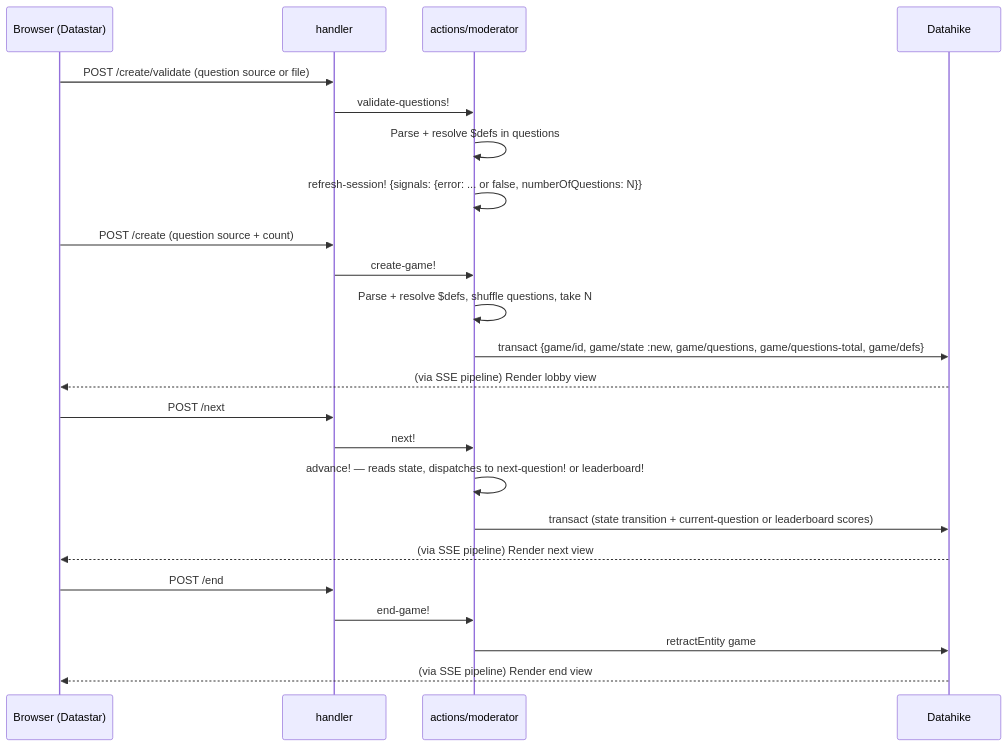
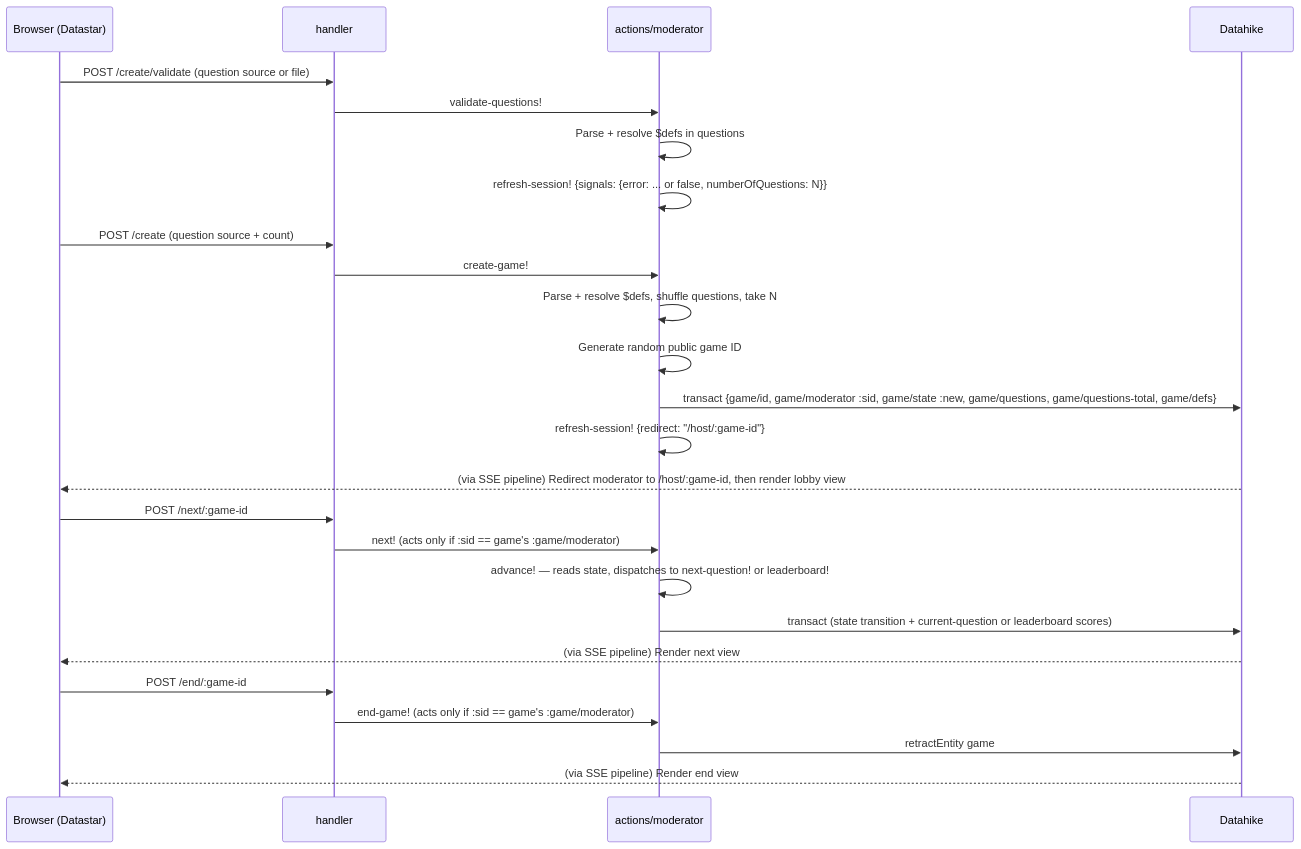
Before and after one commit to jindrichmynarz/localquiz: the fifth of 8 diagrams in data_flow.md, drawn with Mermaid. The commit also changed other lines of this file, not shown here.

Commit message:
Update data flow to reflect the divorce of game ID and moderator ID

````diff
--- a/data_flow.md
+++ b/data_flow.md
@@ -148,29 +148,31 @@
 ```mermaid
 sequenceDiagram
     participant B as Browser (Datastar)
     participant H as handler
     participant A as actions/moderator
     participant DB as Datahike
 
     B->>H: POST /create/validate (question source or file)
     H->>A: validate-questions!
     A->>A: Parse + resolve $defs in questions
     A->>A: refresh-session! {signals: {error: ... or false, numberOfQuestions: N}}
 
     B->>H: POST /create (question source + count)
     H->>A: create-game!
     A->>A: Parse + resolve $defs, shuffle questions, take N
-    A->>DB: transact {game/id, game/state :new, game/questions, game/questions-total, game/defs}
-    DB-->>B: (via SSE pipeline) Render lobby view
+    A->>A: Generate random public game ID
+    A->>DB: transact {game/id, game/moderator :sid, game/state :new, game/questions, game/questions-total, game/defs}
+    A->>A: refresh-session! {redirect: "/host/:game-id"}
+    DB-->>B: (via SSE pipeline) Redirect moderator to /host/:game-id, then render lobby view
 
-    B->>H: POST /next
-    H->>A: next!
+    B->>H: POST /next/:game-id
+    H->>A: next! (acts only if :sid == game's :game/moderator)
     A->>A: advance! — reads state, dispatches to next-question! or leaderboard!
     A->>DB: transact (state transition + current-question or leaderboard scores)
     DB-->>B: (via SSE pipeline) Render next view
 
-    B->>H: POST /end
-    H->>A: end-game!
+    B->>H: POST /end/:game-id
+    H->>A: end-game! (acts only if :sid == game's :game/moderator)
     A->>DB: retractEntity game
     DB-->>B: (via SSE pipeline) Render end view
 ```
````
